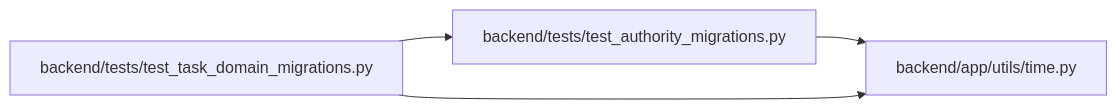
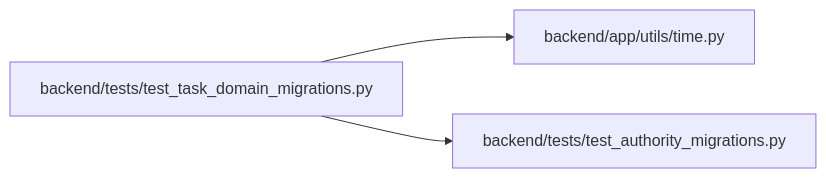
The diagram in docs/llm_wiki/modules/test_task_domain_migrations.md (Denissvgn/WorkChord), drawn with Mermaid before and after one commit. The commit also changed other lines of this file and 778 other files, not shown here.

````diff
--- a/docs/llm_wiki/modules/test_task_domain_migrations.md
+++ b/docs/llm_wiki/modules/test_task_domain_migrations.md
@@ -25,12 +24,11 @@
 ```mermaid
 flowchart LR
     n0["backend/app/utils/time.py"]
     n1["backend/tests/test_authority_migrations.py"]
     n2["backend/tests/test_task_domain_migrations.py"]
-    n1 --> n0
     n2 --> n0
     n2 --> n1
     click n0 "../modules/time.md"
     click n1 "../modules/test_authority_migrations.md"
     click n2 "../modules/test_task_domain_migrations.md"
 ```
````
